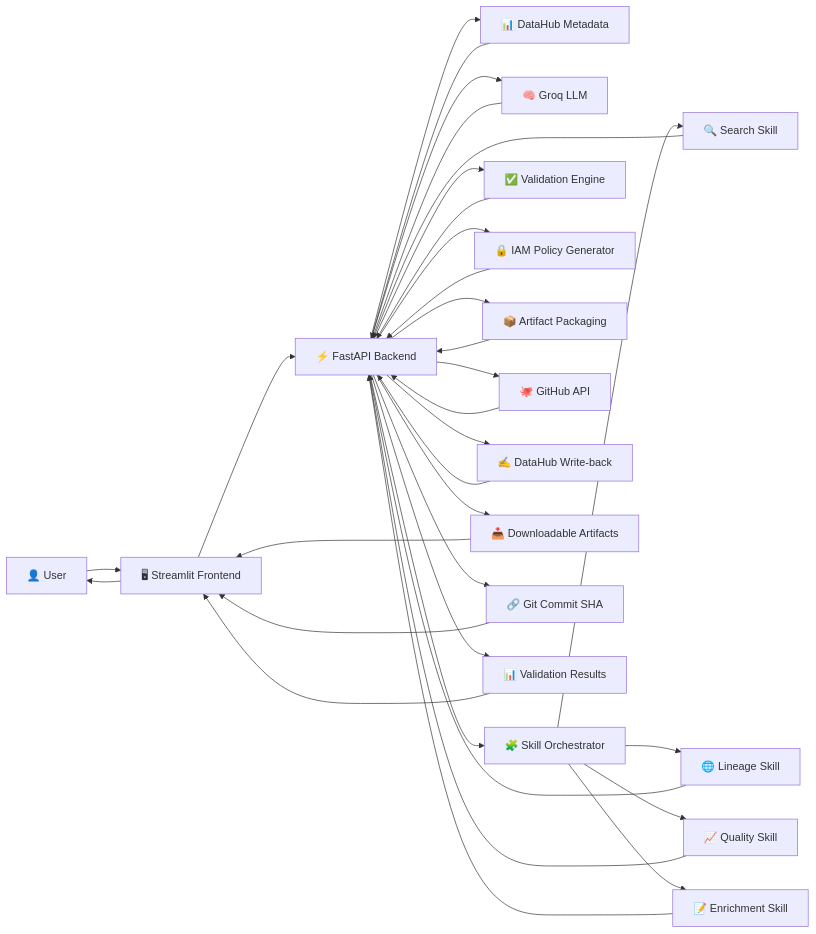
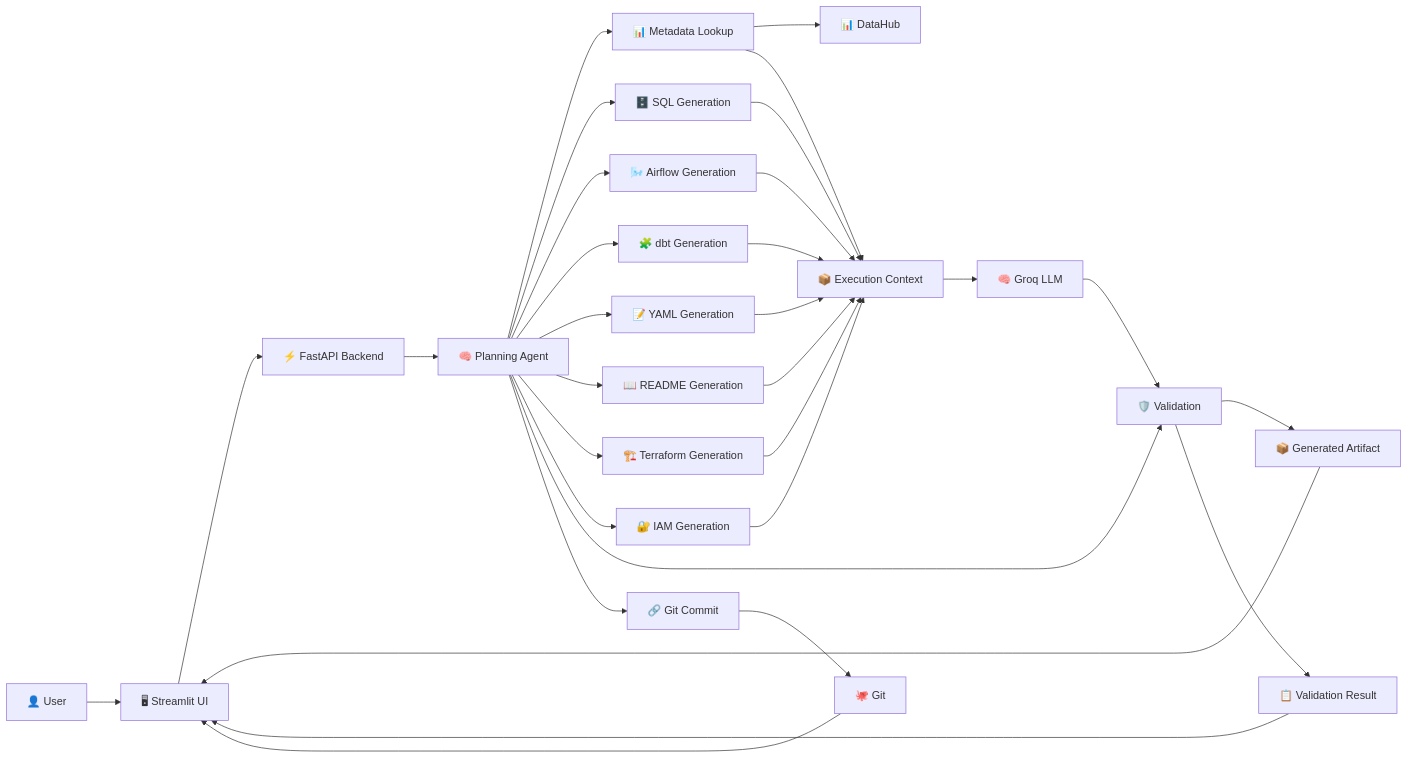
Before and after one commit to pmman-sudo/AI-Data-Pipeline-Generator: the first of 2 diagrams in README.md, drawn with Mermaid. The commit also changed other lines of this file, not shown here.

````diff
--- a/README.md
+++ b/README.md
@@ -180,43 +169,44 @@
 ```mermaid
 flowchart LR
 
-A["👤 User"] --> B["🖥 Streamlit Frontend"]
+A["👤 User"] --> B["🖥 Streamlit UI"]
 
 B --> C["⚡ FastAPI Backend"]
 
-C --> D["📊 DataHub Metadata"]
-C --> E["🧠 Groq LLM"]
-C --> F["🧩 Skill Orchestrator"]
-F --> G["🔍 Search Skill"]
-F --> H["🌐 Lineage Skill"]
-F --> I["📈 Quality Skill"]
-F --> J["📝 Enrichment Skill"]
+C --> D["🧠 Planning Agent"]
 
-C --> K["✅ Validation Engine"]
-C --> L["🔒 IAM Policy Generator"]
-C --> M["📦 Artifact Packaging"]
-C --> N["🐙 GitHub API"]
-C --> O["✍️ DataHub Write-back"]
+D --> E["📊 Metadata Lookup"]
+D --> F["🗄️ SQL Generation"]
+D --> G["🌬️ Airflow Generation"]
+D --> H["🧩 dbt Generation"]
+D --> I["📝 YAML Generation"]
+D --> J["📖 README Generation"]
+D --> K["🏗️ Terraform Generation"]
+D --> L["🔐 IAM Generation"]
+D --> M["🛡️ Validation"]
+D --> N["🔗 Git Commit"]
 
-D --> C
-E --> C
-G --> C
-H --> C
-I --> C
-J --> C
-K --> C
-L --> C
-M --> C
-N --> C
-O --> C
+E --> O["📊 DataHub"]
+E --> P["📦 Execution Context"]
 
-C --> P["📥 Downloadable Artifacts"]
-C --> Q["🔗 Git Commit SHA"]
-C --> R["📊 Validation Results"]
+F --> P
+G --> P
+H --> P
+I --> P
+J --> P
+K --> P
+L --> P
 
-P --> B
-Q --> B
+P --> Q["🧠 Groq LLM"]
+
+Q --> M
+
+M --> R["📦 Generated Artifact"]
+M --> S["📋 Validation Result"]
+
+N --> T["🐙 Git"]
+
 R --> B
-
-B --> A
+S --> B
+T --> B
 ```
````
